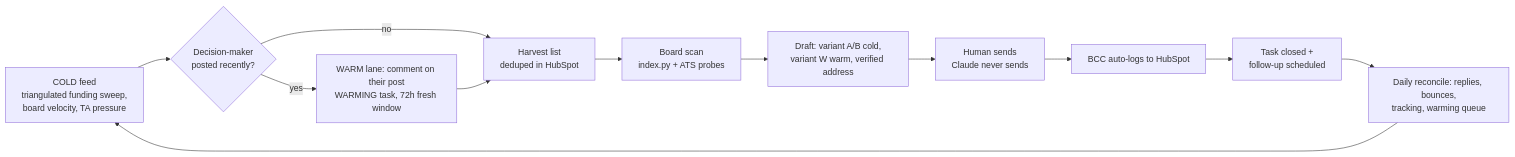
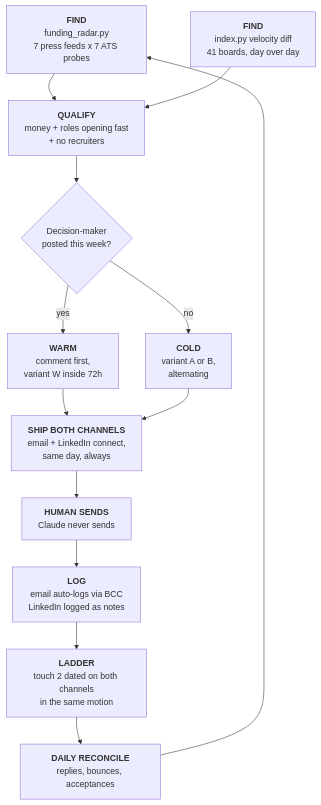
One commit to JacopoLupo/tribe-claude-skills changed the diagram in README.md. Above: the diagram before and after it, drawn with Mermaid. The commit also changed other lines of this file and 1 other file, not shown here.

````diff
--- a/README.md
+++ b/README.md
@@ -29,14 +19,15 @@
 ```mermaid
-flowchart LR
-    A1[COLD feed<br/>triangulated funding sweep,<br/>board velocity, TA pressure] --> R{Decision-maker<br/>posted recently?}
-    R -->|no| B[Harvest list<br/>deduped in HubSpot]
-    R -->|yes| W[WARM lane: comment on their post<br/>WARMING task, 72h fresh window]
-    W --> B
-    B --> C[Board scan<br/>index.py + ATS probes]
-    C --> D[Draft: variant A/B cold,<br/>variant W warm, verified address]
-    D --> E[Human sends<br/>Claude never sends]
-    E --> F[BCC auto-logs to HubSpot]
-    F --> G[Task closed +<br/>follow-up scheduled]
-    G --> H[Daily reconcile: replies, bounces,<br/>tracking, warming queue]
-    H --> A1
+flowchart TD
+    A["<b>FIND</b><br/>funding_radar.py<br/>7 press feeds x 7 ATS probes"] --> B["<b>QUALIFY</b><br/>money + roles opening fast<br/>+ no recruiters"]
+    A2["<b>FIND</b><br/>index.py velocity diff<br/>41 boards, day over day"] --> B
+    B --> C{"Decision-maker<br/>posted this week?"}
+    C -->|yes| W["<b>WARM</b><br/>comment first,<br/>variant W inside 72h"]
+    C -->|no| D["<b>COLD</b><br/>variant A or B,<br/>alternating"]
+    W --> E["<b>SHIP BOTH CHANNELS</b><br/>email + LinkedIn connect,<br/>same day, always"]
+    D --> E
+    E --> F["<b>HUMAN SENDS</b><br/>Claude never sends"]
+    F --> G["<b>LOG</b><br/>email auto-logs via BCC<br/>LinkedIn logged as notes"]
+    G --> H["<b>LADDER</b><br/>touch 2 dated on both channels<br/>in the same motion"]
+    H --> I["<b>DAILY RECONCILE</b><br/>replies, bounces, acceptances"]
+    I --> A
 ```
````
